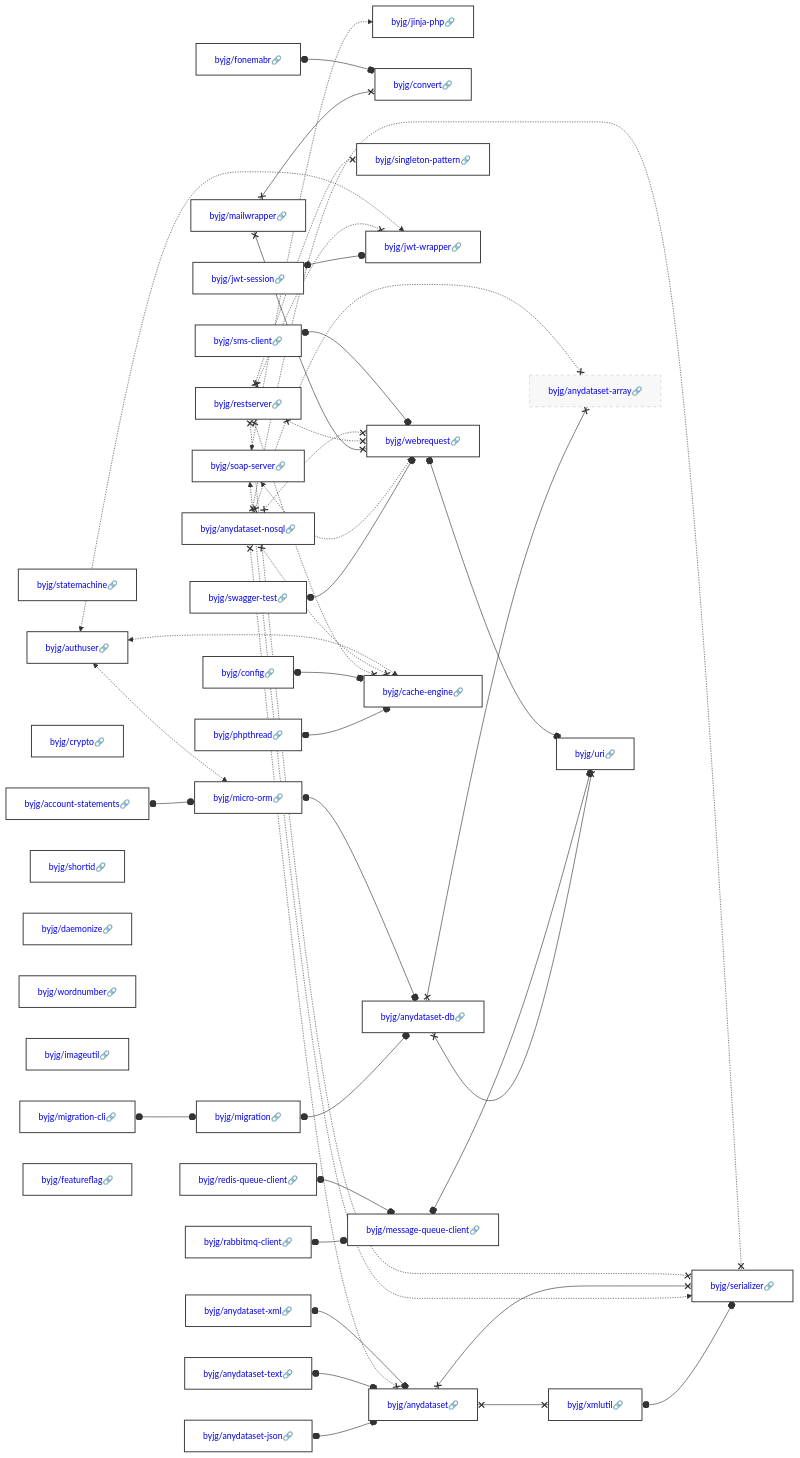
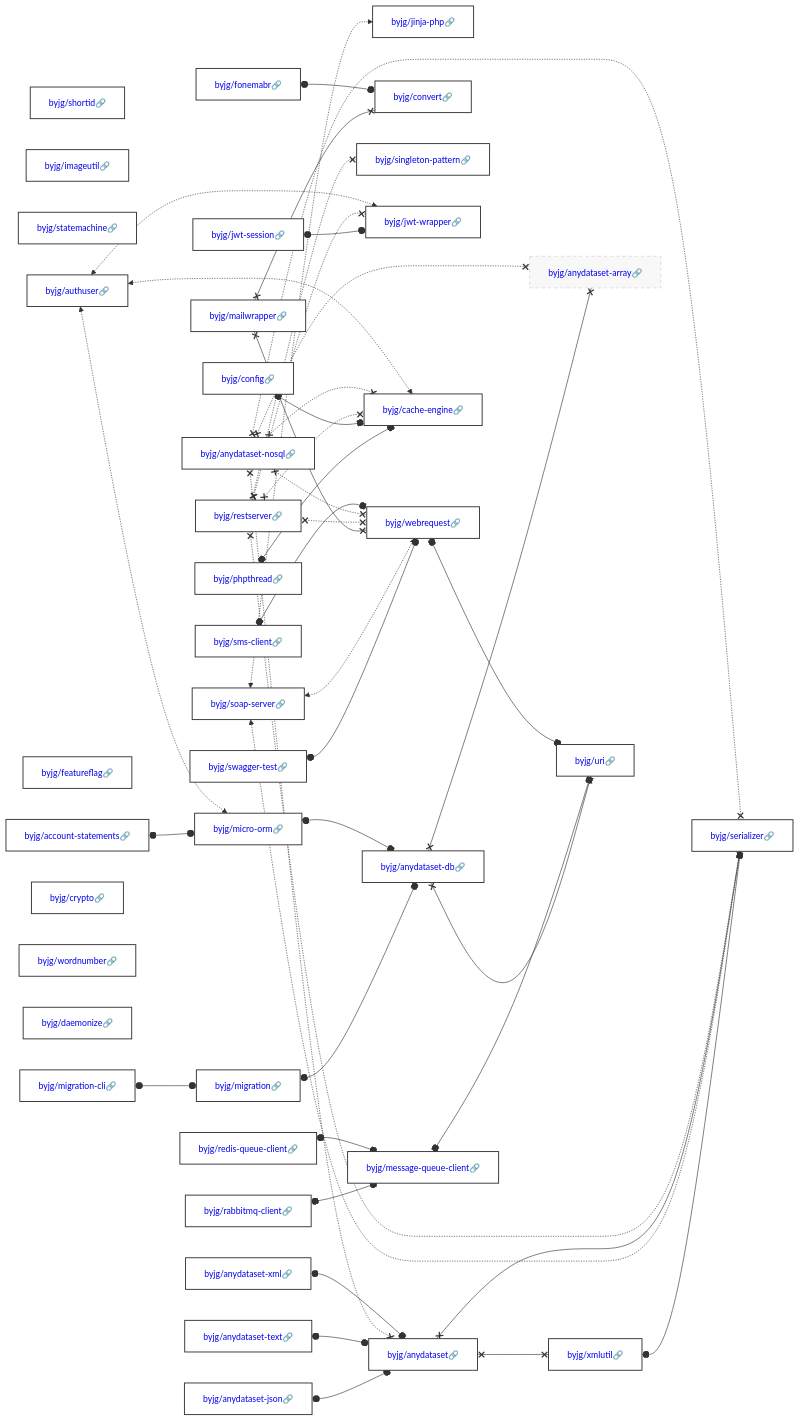
Before and after one commit to byjg/byjg.github.io: the diagram in docs/php/README.md, drawn with Mermaid. The commit also changed other lines of this file and 1 other file, not shown here.

Commit message:
Update documentation 'php' 'php-message-queue-client'

````diff
--- a/docs/php/README.md
+++ b/docs/php/README.md
@@ -3,40 +3,40 @@
 ```mermaid
 graph LR;
-  byjg/anydataset-json[<a href='https://opensource.byjg.com/docs/php/anydataset-json' style='text-decoration:none'>byjg/anydataset-json🔗</a>];
+  byjg/anydataset-xml[<a href='https://opensource.byjg.com/docs/php/anydataset-xml' style='text-decoration:none'>byjg/anydataset-xml🔗</a>];
   byjg/anydataset-text[<a href='https://opensource.byjg.com/docs/php/anydataset-text' style='text-decoration:none'>byjg/anydataset-text🔗</a>];
+  byjg/sms-client[<a href='https://opensource.byjg.com/docs/php/sms-client' style='text-decoration:none'>byjg/sms-client🔗</a>];
+  byjg/shortid[<a href='https://opensource.byjg.com/docs/php/shortid' style='text-decoration:none'>byjg/shortid🔗</a>];
+  byjg/imageutil[<a href='https://opensource.byjg.com/docs/php/imageutil' style='text-decoration:none'>byjg/imageutil🔗</a>];
+  byjg/soap-server[<a href='https://opensource.byjg.com/docs/php/soap-server' style='text-decoration:none'>byjg/soap-server🔗</a>];
+  byjg/fonemabr[<a href='https://opensource.byjg.com/docs/php/fonemabr' style='text-decoration:none'>byjg/fonemabr🔗</a>];
+  byjg/redis-queue-client[<a href='https://opensource.byjg.com/docs/php/redis-queue-client' style='text-decoration:none'>byjg/redis-queue-client🔗</a>];
   byjg/statemachine[<a href='https://opensource.byjg.com/docs/php/statemachine' style='text-decoration:none'>byjg/statemachine🔗</a>];
   byjg/authuser[<a href='https://opensource.byjg.com/docs/php/authuser' style='text-decoration:none'>byjg/authuser🔗</a>];
-  byjg/crypto[<a href='https://opensource.byjg.com/docs/php/crypto' style='text-decoration:none'>byjg/crypto🔗</a>];
-  byjg/jwt-session[<a href='https://opensource.byjg.com/docs/php/jwt-session' style='text-decoration:none'>byjg/jwt-session🔗</a>];
-  byjg/account-statements[<a href='https://opensource.byjg.com/docs/php/account-statements' style='text-decoration:none'>byjg/account-statements🔗</a>];
-  byjg/redis-queue-client[<a href='https://opensource.byjg.com/docs/php/redis-queue-client' style='text-decoration:none'>byjg/redis-queue-client🔗</a>];
-  byjg/fonemabr[<a href='https://opensource.byjg.com/docs/php/fonemabr' style='text-decoration:none'>byjg/fonemabr🔗</a>];
-  byjg/shortid[<a href='https://opensource.byjg.com/docs/php/shortid' style='text-decoration:none'>byjg/shortid🔗</a>];
-  byjg/sms-client[<a href='https://opensource.byjg.com/docs/php/sms-client' style='text-decoration:none'>byjg/sms-client🔗</a>];
-  byjg/soap-server[<a href='https://opensource.byjg.com/docs/php/soap-server' style='text-decoration:none'>byjg/soap-server🔗</a>];
-  byjg/daemonize[<a href='https://opensource.byjg.com/docs/php/daemonize' style='text-decoration:none'>byjg/daemonize🔗</a>];
-  byjg/wordnumber[<a href='https://opensource.byjg.com/docs/php/wordnumber' style='text-decoration:none'>byjg/wordnumber🔗</a>];
-  byjg/phpthread[<a href='https://opensource.byjg.com/docs/php/phpthread' style='text-decoration:none'>byjg/phpthread🔗</a>];
-  byjg/imageutil[<a href='https://opensource.byjg.com/docs/php/imageutil' style='text-decoration:none'>byjg/imageutil🔗</a>];
-  byjg/swagger-test[<a href='https://opensource.byjg.com/docs/php/swagger-test' style='text-decoration:none'>byjg/swagger-test🔗</a>];
+  byjg/rabbitmq-client[<a href='https://opensource.byjg.com/docs/php/rabbitmq-client' style='text-decoration:none'>byjg/rabbitmq-client🔗</a>];
   byjg/mailwrapper[<a href='https://opensource.byjg.com/docs/php/mailwrapper' style='text-decoration:none'>byjg/mailwrapper🔗</a>];
-  byjg/anydataset-xml[<a href='https://opensource.byjg.com/docs/php/anydataset-xml' style='text-decoration:none'>byjg/anydataset-xml🔗</a>];
-  byjg/rabbitmq-client[<a href='https://opensource.byjg.com/docs/php/rabbitmq-client' style='text-decoration:none'>byjg/rabbitmq-client🔗</a>];
+  byjg/restserver[<a href='https://opensource.byjg.com/docs/php/restserver' style='text-decoration:none'>byjg/restserver🔗</a>];
+  byjg/featureflag[<a href='https://opensource.byjg.com/docs/php/featureflag' style='text-decoration:none'>byjg/featureflag🔗</a>];
   byjg/migration-cli[<a href='https://opensource.byjg.com/docs/php/migration-cli' style='text-decoration:none'>byjg/migration-cli🔗</a>];
   byjg/config[<a href='https://opensource.byjg.com/docs/php/config' style='text-decoration:none'>byjg/config🔗</a>];
-  byjg/featureflag[<a href='https://opensource.byjg.com/docs/php/featureflag' style='text-decoration:none'>byjg/featureflag🔗</a>];
-  byjg/restserver[<a href='https://opensource.byjg.com/docs/php/restserver' style='text-decoration:none'>byjg/restserver🔗</a>];
+  byjg/crypto[<a href='https://opensource.byjg.com/docs/php/crypto' style='text-decoration:none'>byjg/crypto🔗</a>];
+  byjg/swagger-test[<a href='https://opensource.byjg.com/docs/php/swagger-test' style='text-decoration:none'>byjg/swagger-test🔗</a>];
+  byjg/phpthread[<a href='https://opensource.byjg.com/docs/php/phpthread' style='text-decoration:none'>byjg/phpthread🔗</a>];
+  byjg/wordnumber[<a href='https://opensource.byjg.com/docs/php/wordnumber' style='text-decoration:none'>byjg/wordnumber🔗</a>];
+  byjg/jwt-session[<a href='https://opensource.byjg.com/docs/php/jwt-session' style='text-decoration:none'>byjg/jwt-session🔗</a>];
+  byjg/daemonize[<a href='https://opensource.byjg.com/docs/php/daemonize' style='text-decoration:none'>byjg/daemonize🔗</a>];
   byjg/anydataset-nosql[<a href='https://opensource.byjg.com/docs/php/anydataset-nosql' style='text-decoration:none'>byjg/anydataset-nosql🔗</a>];
-  byjg/micro-orm[<a href='https://opensource.byjg.com/docs/php/micro-orm' style='text-decoration:none'>byjg/micro-orm🔗</a>];
+  byjg/account-statements[<a href='https://opensource.byjg.com/docs/php/account-statements' style='text-decoration:none'>byjg/account-statements🔗</a>];
+  byjg/anydataset-json[<a href='https://opensource.byjg.com/docs/php/anydataset-json' style='text-decoration:none'>byjg/anydataset-json🔗</a>];
   byjg/jinja-php[<a href='https://opensource.byjg.com/docs/php/jinja-php' style='text-decoration:none'>byjg/jinja-php🔗</a>];
+  byjg/message-queue-client[<a href='https://opensource.byjg.com/docs/php/message-queue-client' style='text-decoration:none'>byjg/message-queue-client🔗</a>];
   byjg/convert[<a href='https://opensource.byjg.com/docs/php/convert' style='text-decoration:none'>byjg/convert🔗</a>];
-  byjg/message-queue-client[<a href='https://opensource.byjg.com/docs/php/message-queue-client' style='text-decoration:none'>byjg/message-queue-client🔗</a>];
+  byjg/singleton-pattern[<a href='https://opensource.byjg.com/docs/php/singleton-pattern' style='text-decoration:none'>byjg/singleton-pattern🔗</a>];
   byjg/migration[<a href='https://opensource.byjg.com/docs/php/migration' style='text-decoration:none'>byjg/migration🔗</a>];
-  byjg/singleton-pattern[<a href='https://opensource.byjg.com/docs/php/singleton-pattern' style='text-decoration:none'>byjg/singleton-pattern🔗</a>];
   byjg/jwt-wrapper[<a href='https://opensource.byjg.com/docs/php/jwt-wrapper' style='text-decoration:none'>byjg/jwt-wrapper🔗</a>];
-  byjg/anydataset[<a href='https://opensource.byjg.com/docs/php/anydataset' style='text-decoration:none'>byjg/anydataset🔗</a>];
   byjg/webrequest[<a href='https://opensource.byjg.com/docs/php/webrequest' style='text-decoration:none'>byjg/webrequest🔗</a>];
   byjg/cache-engine[<a href='https://opensource.byjg.com/docs/php/cache-engine' style='text-decoration:none'>byjg/cache-engine🔗</a>];
+  byjg/micro-orm[<a href='https://opensource.byjg.com/docs/php/micro-orm' style='text-decoration:none'>byjg/micro-orm🔗</a>];
+  byjg/anydataset[<a href='https://opensource.byjg.com/docs/php/anydataset' style='text-decoration:none'>byjg/anydataset🔗</a>];
   byjg/anydataset-db[<a href='https://opensource.byjg.com/docs/php/anydataset-db' style='text-decoration:none'>byjg/anydataset-db🔗</a>];
   byjg/xmlutil[<a href='https://opensource.byjg.com/docs/php/xmlutil' style='text-decoration:none'>byjg/xmlutil🔗</a>];
   byjg/anydataset-array[<a href='https://opensource.byjg.com/docs/php/anydataset-array' style='text-decoration:none'>byjg/anydataset-array🔗</a>];
````
